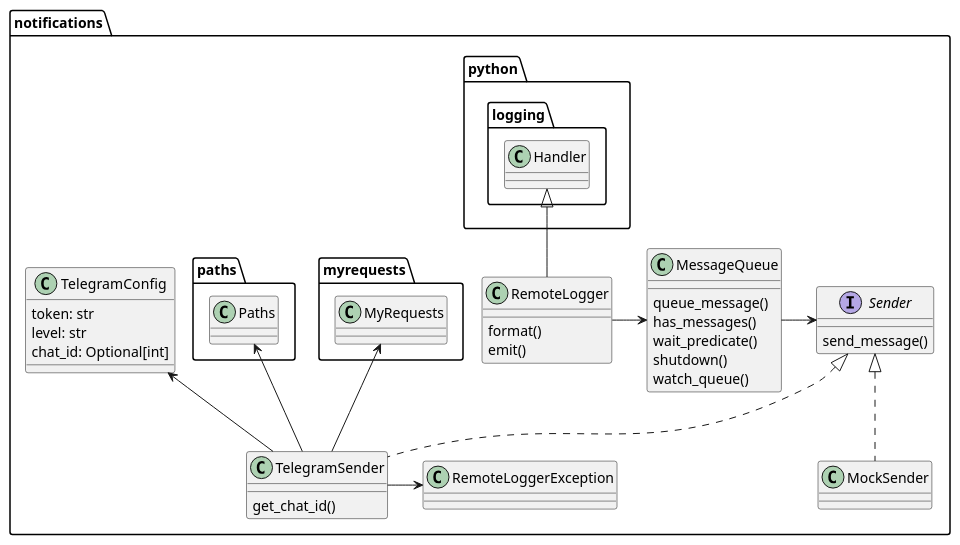
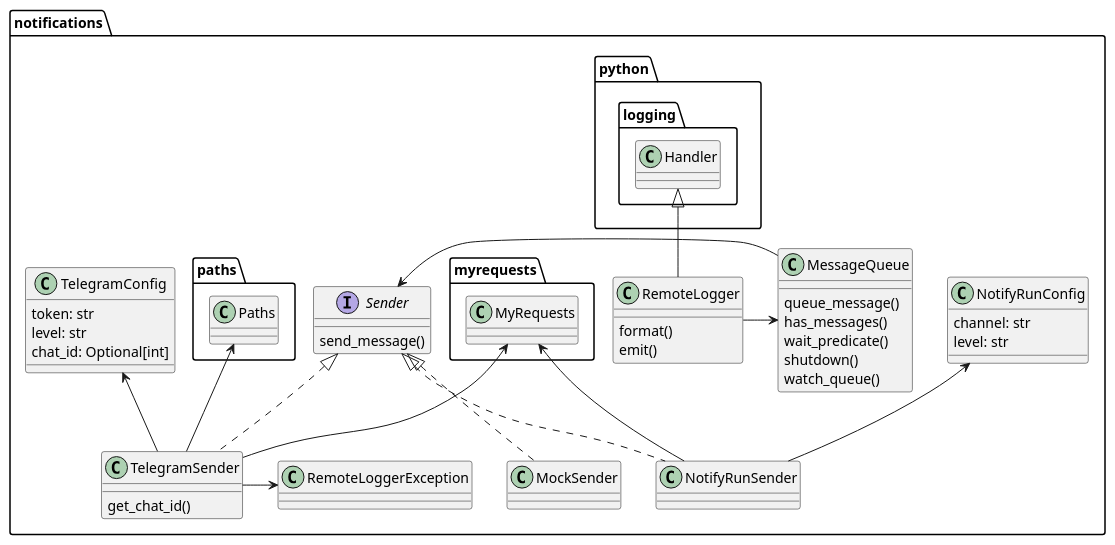
The diagram in docs/dev/graphs/notifications.puml (martin-ueding/vigilant-crypto-snatch), drawn with PlantUML before and after one commit. The commit also changed 3 other files, not shown here.

```diff
--- a/docs/dev/graphs/notifications.puml
+++ b/docs/dev/graphs/notifications.puml
@@ -1,48 +1,58 @@
 @startuml
 
 allowmixing
 
 namespace notifications {
 
 class TelegramConfig {
     token: str
     level: str
     chat_id: Optional[int]
 }
 
 class RemoteLogger extends python.logging.Handler {
 format()
 emit()
 }
 
 class RemoteLoggerException
 
 class MessageQueue {
     queue_message()
     has_messages()
     wait_predicate()
     shutdown()
     watch_queue()
 }
 
 interface Sender {
     send_message()
 }
 
 MessageQueue -> Sender
 
 class TelegramSender implements Sender {
     get_chat_id()
 }
 
 TelegramConfig <-- TelegramSender
 
 RemoteLogger -> MessageQueue
 myrequests.MyRequests <-- TelegramSender
 TelegramSender -> RemoteLoggerException
 paths.Paths <-- TelegramSender
 
 class MockSender implements Sender
 
+class NotifyRunSender implements Sender
+
+class NotifyRunConfig {
+channel: str
+level: str
+}
+
+NotifyRunConfig <-- NotifyRunSender
+myrequests.MyRequests <-- NotifyRunSender
+
 }
 @enduml
```
